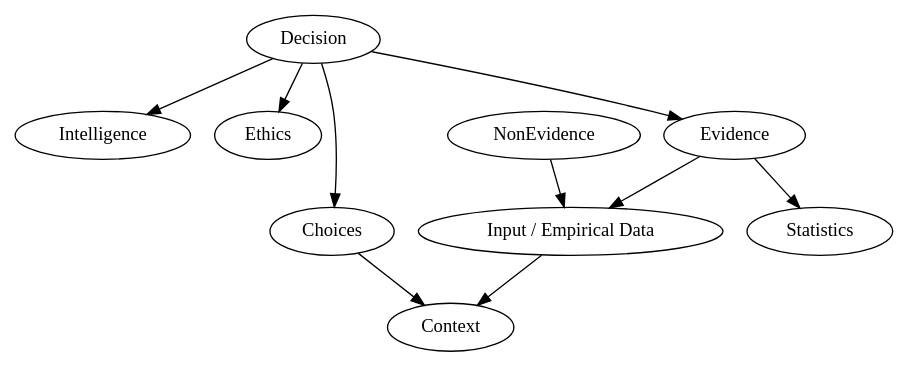
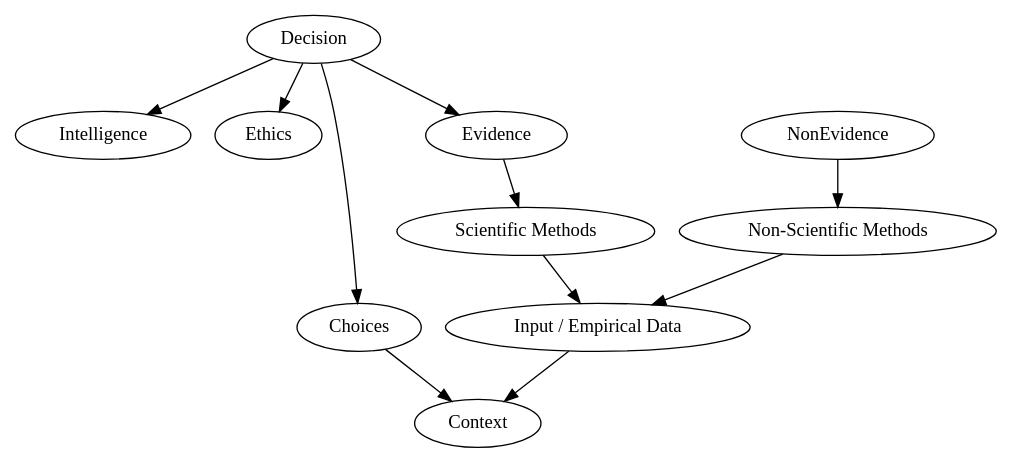
Before and after one commit to freeman42x/formalize-all-the-things: the diagram in Concepts/Abstract.dot, drawn with Graphviz.

```diff
--- a/Concepts/Abstract.dot
+++ b/Concepts/Abstract.dot
@@ -1,69 +1,68 @@
 digraph G {
-
-  rankdir=TB;
 
   /*
     TODO
     A weird concept related to freedom
     that humans think they can do
 
     Decision ties into Systems Theory concepts
     could use to more easily explain it
   */
   "Decision";
 
   /*
-  
     Intelligence is a metric that measures the capability of an agent
     to make optimal decisions in relation to its goals
-  
   */
   "Intelligence" [weight=1];
 
   /*
     Decision making constraint
     that optimizes for good (<- TODO) of systems of agents
   */
   "Ethics" [weight=1];
 
   // All possible decisions you could make in current context
   "Choices" [weight=1];
 
   "Input / Empirical Data";
 
-  "Evidence" -> "Input / Empirical Data";
-
-  "NonEvidence" -> "Input / Empirical Data";
+  // Information that has no correlation with the context
+  "NonEvidence" -> "Non-Scientific Methods";
 
   // Information that comes from context
   "Evidence" [weight=1];
 
   "Decision" -> "Intelligence";
 
   "Decision" -> "Ethics";
 
   "Decision" -> "Choices";
 
   "Decision" -> "Evidence";
+
+  "Evidence" -> "Scientific Methods";
+
+  "Scientific Methods" -> "Input / Empirical Data";
+
+  "Non-Scientific Methods" -> "Input / Empirical Data";
 
   /*
     TODO context needs to be abstracted away from the Laws of Physics
     -- the semantics need to function in any type of reality irregardless of physics
     -- senses - inputs (consciousness O.O)
     -- example contexts:
         - being somewhere in physical reality
         - virtual context - being an agent inside of a virtual world like a game
         - simulation context - we ourselves could be in a simulation
                             - mostly irrelevant for daily lives but fu -}
   {-  spacetime coordinate
       - 3D location
       - time             -}
   */
   "Context";
 
   "Choices" -> "Context";
 
-  "Evidence" -> "Statistics";
-
   "Input / Empirical Data" -> "Context";
 }
```
